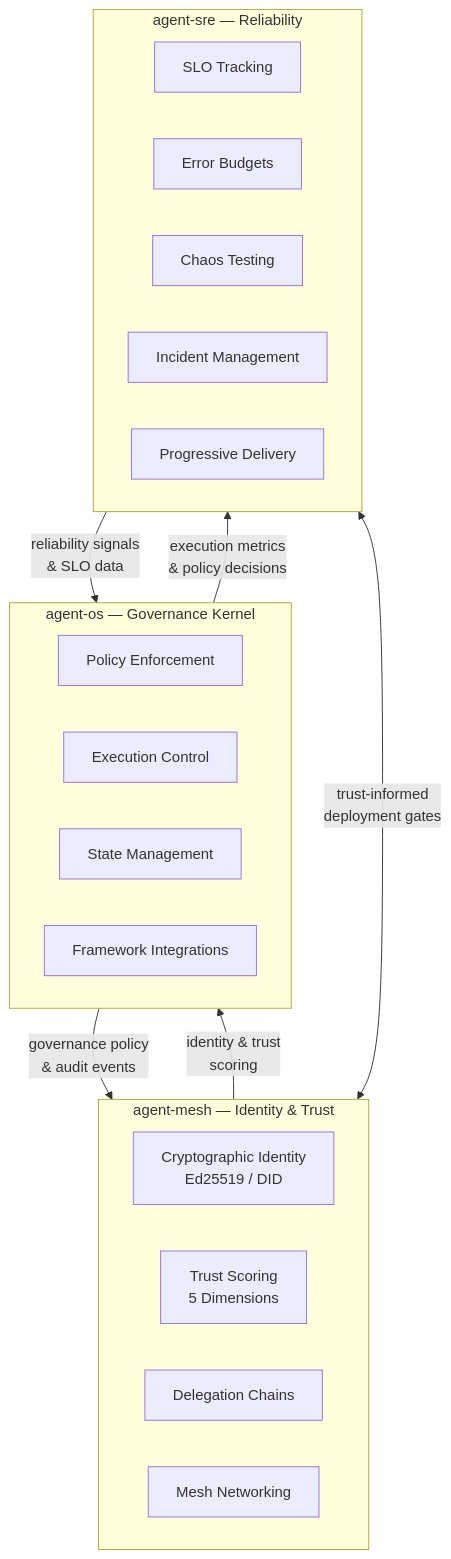
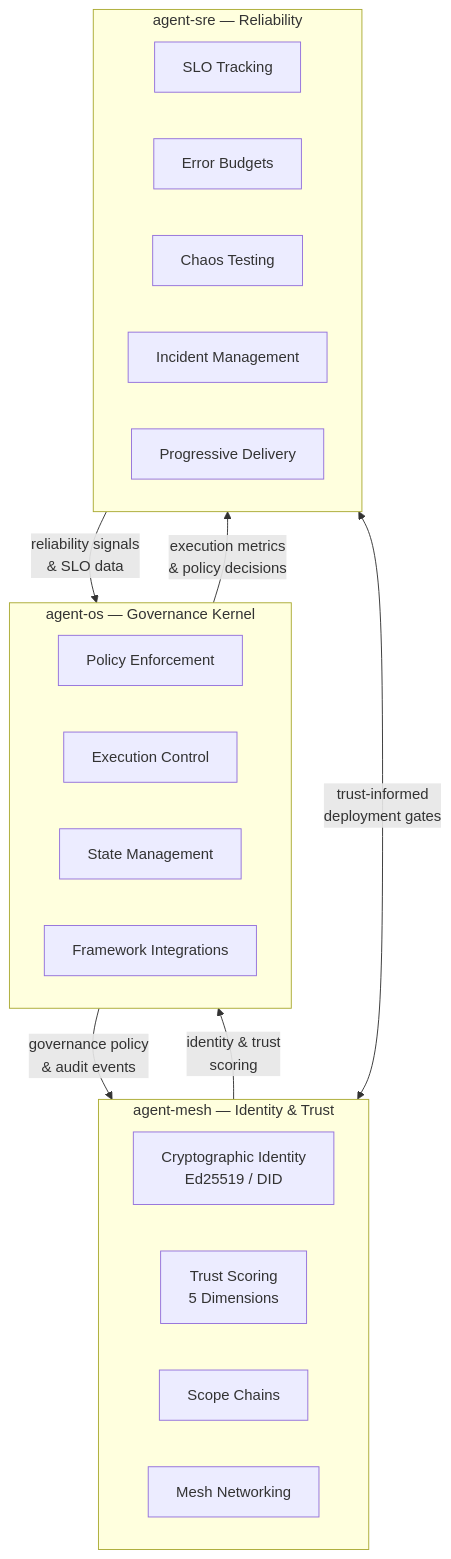
Before and after one commit to dylanyunlon/operatorRL: the sixth of 6 diagrams in ARCHITECTURE.md, drawn with Mermaid. The commit also changed other lines of this file and 11 other files, not shown here.

````diff
--- a/ARCHITECTURE.md
+++ b/ARCHITECTURE.md
@@ -221,32 +221,32 @@
 ```mermaid
 graph TB
     subgraph agent-os ["agent-os — Governance Kernel"]
         gov[Policy Enforcement]
         exec[Execution Control]
         state[State Management]
         integ[Framework Integrations]
     end
 
     subgraph agent-mesh ["agent-mesh — Identity & Trust"]
         id[Cryptographic Identity\nEd25519 / DID]
         trust[Trust Scoring\n5 Dimensions]
-        deleg[Delegation Chains]
+        deleg[Scope Chains]
         mesh-net[Mesh Networking]
     end
 
     subgraph agent-sre ["agent-sre — Reliability"]
         slo[SLO Tracking]
         budget[Error Budgets]
         chaos[Chaos Testing]
         incident[Incident Management]
         progressive[Progressive Delivery]
     end
 
     agent-mesh -->|"identity & trust\nscoring"| agent-os
     agent-sre -->|"reliability signals\n& SLO data"| agent-os
 
     agent-os -->|"governance policy\n& audit events"| agent-mesh
     agent-os -->|"execution metrics\n& policy decisions"| agent-sre
 
     agent-mesh <-->|"trust-informed\ndeployment gates"| agent-sre
 ```
````
